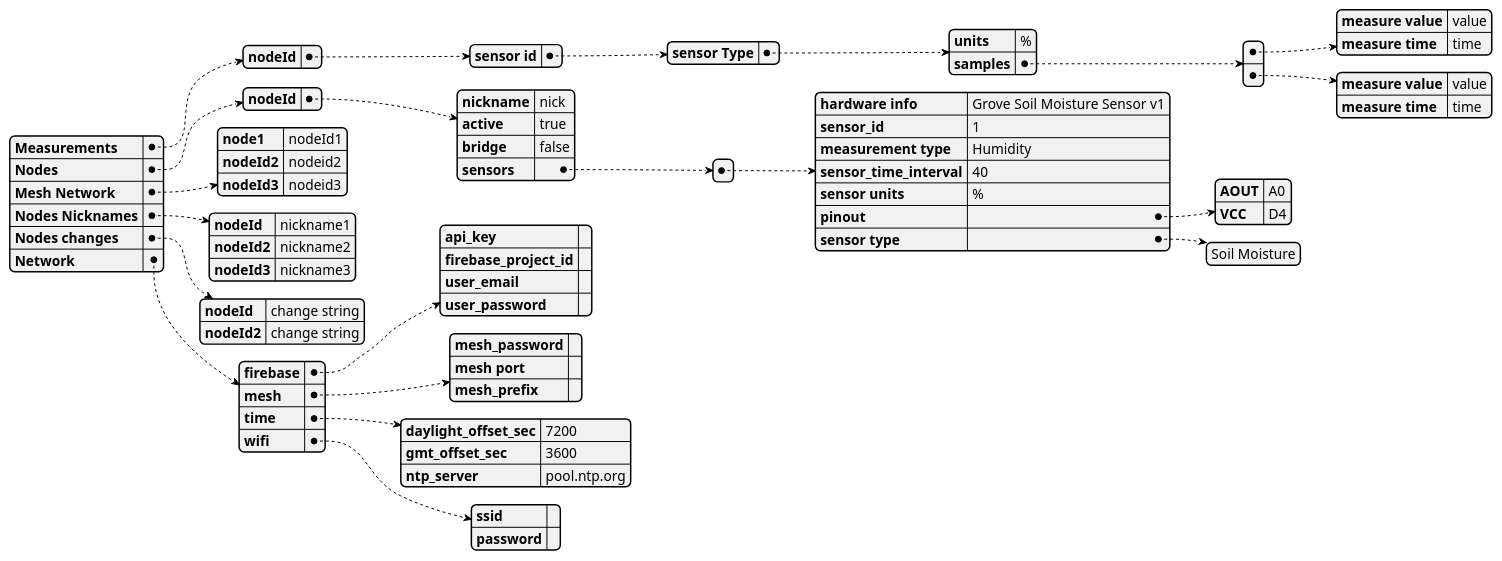
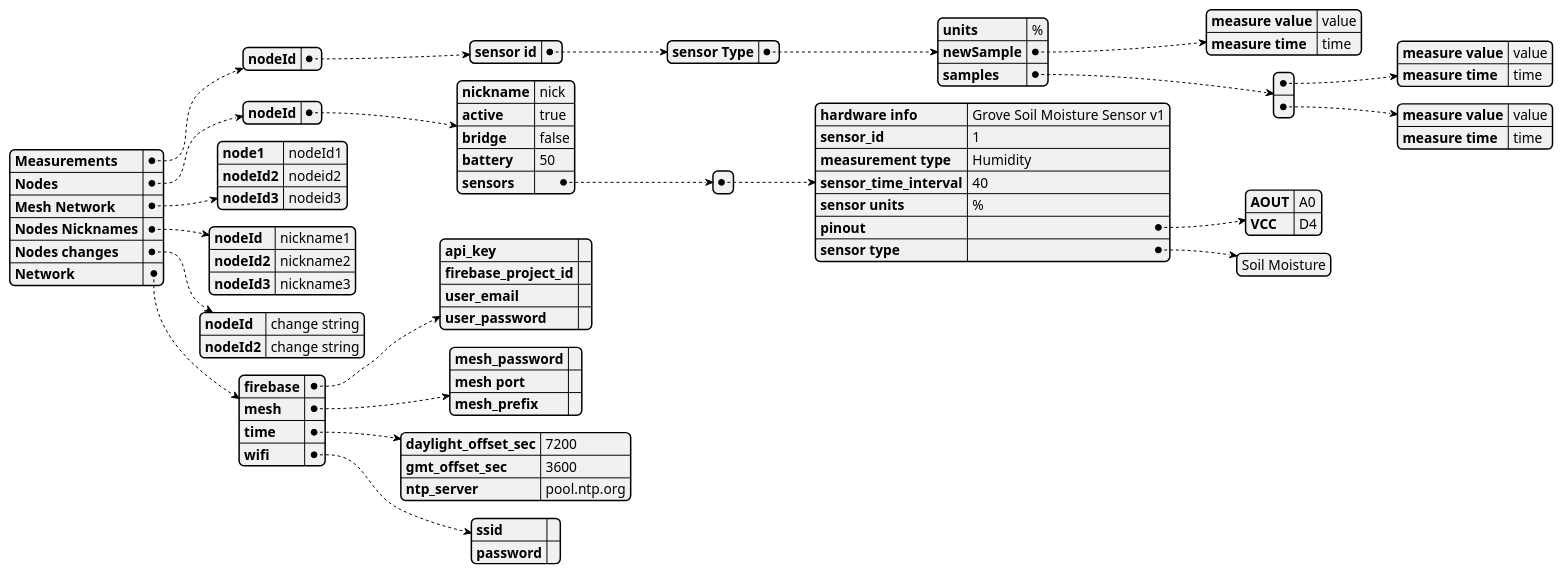
Before and after one commit to m-schwob/MeshGarden: the diagram in docs/uml/data_structure copy.puml, drawn with PlantUML. The commit also changed 7 other files, not shown here.

```diff
--- a/docs/uml/data_structure copy.puml
+++ b/docs/uml/data_structure copy.puml
@@ -1,87 +1,92 @@
 @startjson
 
 {   
     "Measurements": 
     {      
         "nodeId":
         {
         "sensor id":{  
         "sensor Type":{  
-        "units": "%",       
+        "units": "%",
+        "newSample":{
+            "measure value": "value",
+            "measure time": "time"
+        }   ,    
         "samples": [
         {
             "measure value": "value",
             "measure time": "time"
         },
         {
             "measure value": "value",
             "measure time": "time"
         }
         ]
         }
         }
         }
     },
     "Nodes":
     {    
         "nodeId":
         {
             "nickname": "nick",
             "active" : "true",  
             "bridge" : "false",
+            "battery":"50",
             "sensors" : [
                 {
                     "hardware info": "Grove Soil Moisture Sensor v1",
                     "sensor_id": "1",
                     "measurement type": "Humidity",
                     "sensor_time_interval": "40",
                     "sensor units": "%",
                     "pinout": {
                         "AOUT": "A0",
                         "VCC": "D4"
                     },
                     "sensor type":["Soil Moisture"]
                 }
                 ] 
         }
     },
     "Mesh Network": {
         "node1": "nodeId1",
         "nodeId2": "nodeid2",
         "nodeId3": "nodeid3"
     },
     "Nodes Nicknames": 
         {
             "nodeId": "nickname1",
             "nodeId2": "nickname2",
             "nodeId3": "nickname3"
         },
     "Nodes changes": {
             "nodeId": "change string",
             "nodeId2": "change string"
     },
     "Network" : {
         "firebase":{
             "api_key": "",
             "firebase_project_id": "",
             "user_email": "",
             "user_password": ""
             },
         "mesh":{
             "mesh_password":"",
             "mesh port":"",
             "mesh_prefix": ""
         },
         "time":{
             "daylight_offset_sec": 7200,
             "gmt_offset_sec" :3600,
             "ntp_server":"pool.ntp.org"
         },
         "wifi":{
             "ssid":"",
             "password":""
         }
     }
 }
 
 @endjson
```
